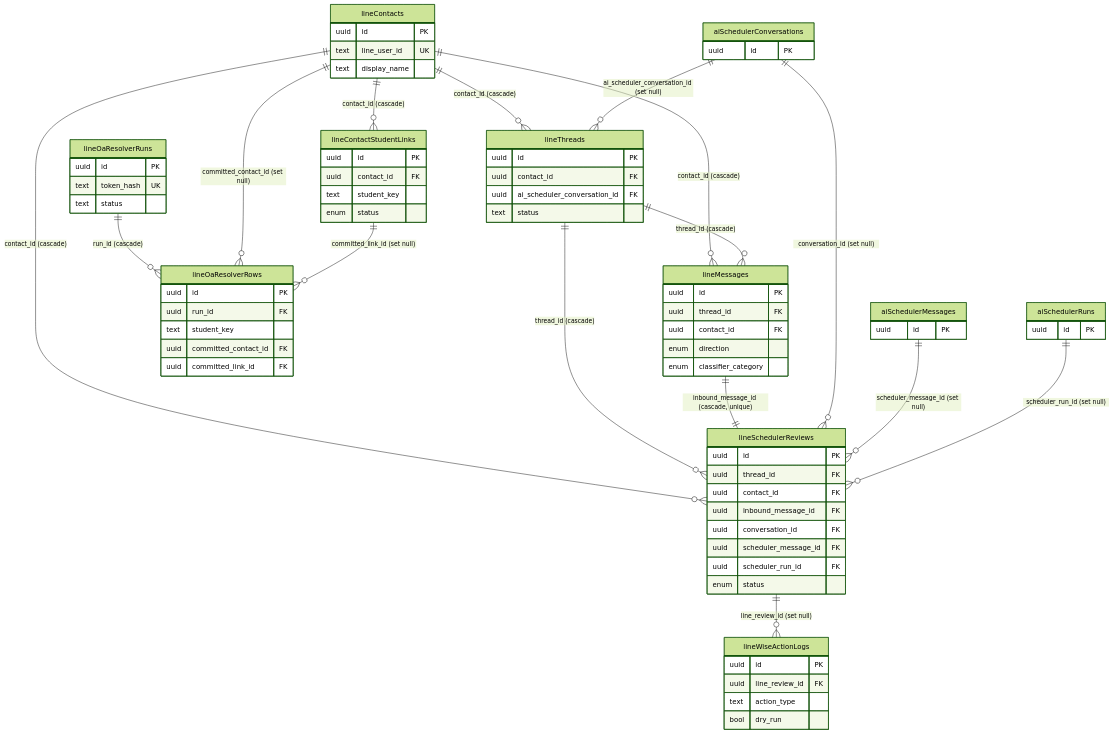
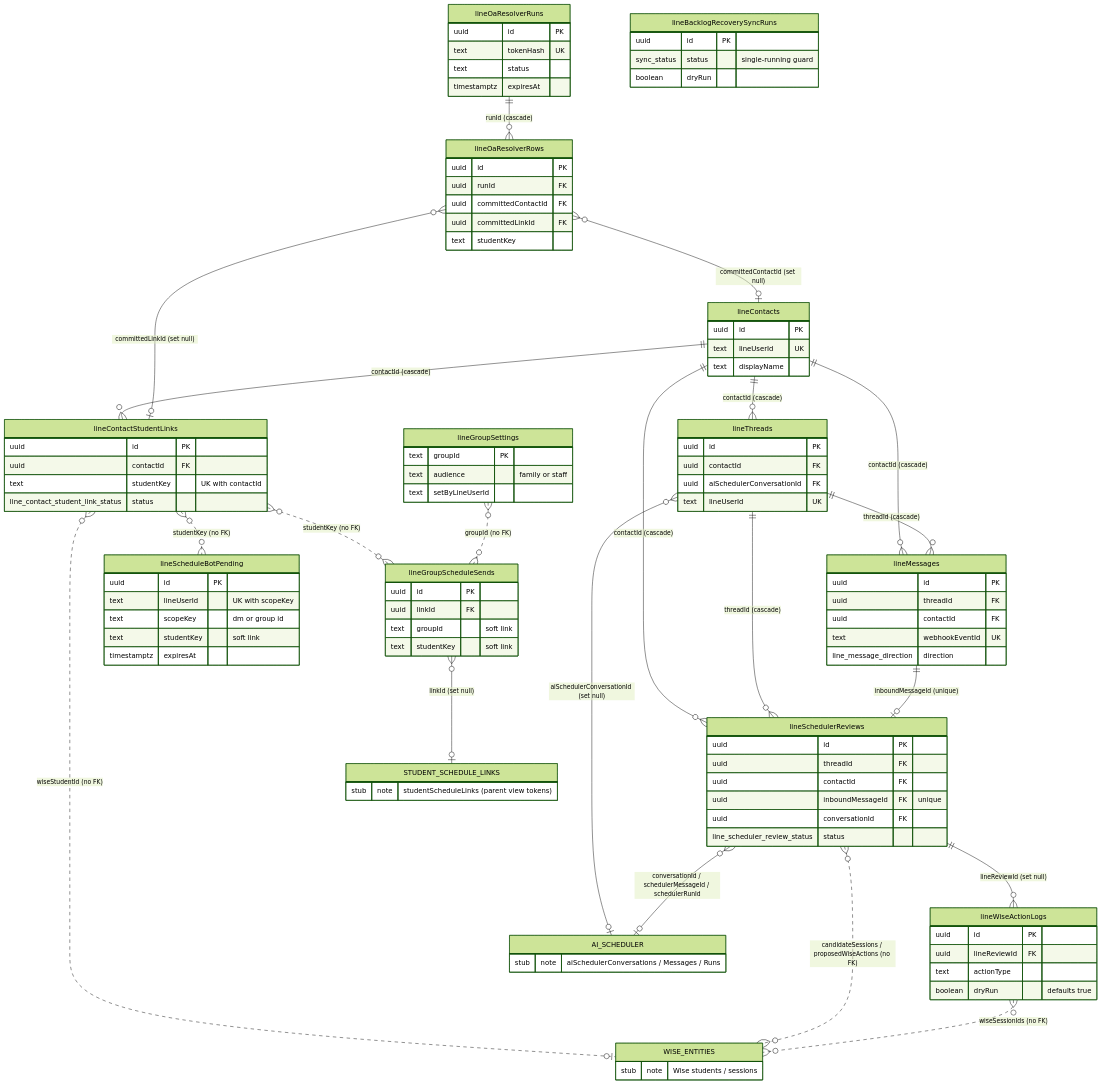
The diagram in docs/reference/database/erd-line.md (kasheesh711/bgscheduler), drawn with Mermaid (forest theme) before and after one commit. The commit also changed other lines of this file and 71 other files, not shown here.

````diff
--- a/docs/reference/database/erd-line.md
+++ b/docs/reference/database/erd-line.md
@@ -14,81 +56,109 @@
 erDiagram
     lineContacts {
         uuid id PK
-        text line_user_id UK
-        text display_name
+        text lineUserId UK
+        text displayName
     }
     lineThreads {
         uuid id PK
-        uuid contact_id FK
-        uuid ai_scheduler_conversation_id FK
-        text status
+        uuid contactId FK
+        uuid aiSchedulerConversationId FK
+        text lineUserId UK
     }
     lineMessages {
         uuid id PK
-        uuid thread_id FK
-        uuid contact_id FK
-        enum direction
-        enum classifier_category
+        uuid threadId FK
+        uuid contactId FK
+        text webhookEventId UK
+        line_message_direction direction
     }
     lineContactStudentLinks {
         uuid id PK
-        uuid contact_id FK
-        text student_key
-        enum status
+        uuid contactId FK
+        text studentKey "UK with contactId"
+        line_contact_student_link_status status
     }
     lineSchedulerReviews {
         uuid id PK
-        uuid thread_id FK
-        uuid contact_id FK
-        uuid inbound_message_id FK
-        uuid conversation_id FK
-        uuid scheduler_message_id FK
-        uuid scheduler_run_id FK
-        enum status
+        uuid threadId FK
+        uuid contactId FK
+        uuid inboundMessageId FK "unique"
+        uuid conversationId FK
+        line_scheduler_review_status status
     }
     lineWiseActionLogs {
         uuid id PK
-        uuid line_review_id FK
-        text action_type
-        bool dry_run
+        uuid lineReviewId FK
+        text actionType
+        boolean dryRun "defaults true"
     }
     lineOaResolverRuns {
         uuid id PK
-        text token_hash UK
+        text tokenHash UK
         text status
+        timestamptz expiresAt
     }
     lineOaResolverRows {
         uuid id PK
-        uuid run_id FK
-        text student_key
-        uuid committed_contact_id FK
-        uuid committed_link_id FK
+        uuid runId FK
+        uuid committedContactId FK
+        uuid committedLinkId FK
+        text studentKey
+    }
+    lineBacklogRecoverySyncRuns {
+        uuid id PK
+        sync_status status "single-running guard"
+        boolean dryRun
+    }
+    lineScheduleBotPending {
+        uuid id PK
+        text lineUserId "UK with scopeKey"
+        text scopeKey "dm or group id"
+        text studentKey "soft link"
+        timestamptz expiresAt
+    }
+    lineGroupSettings {
+        text groupId PK
+        text audience "family or staff"
+        text setByLineUserId
+    }
+    lineGroupScheduleSends {
+        uuid id PK
+        uuid linkId FK
+        text groupId "soft link"
+        text studentKey "soft link"
     }
 
-    aiSchedulerConversations {
-        uuid id PK
+    AI_SCHEDULER {
+        stub note "aiSchedulerConversations / Messages / Runs"
     }
-    aiSchedulerMessages {
-        uuid id PK
+    STUDENT_SCHEDULE_LINKS {
+        stub note "studentScheduleLinks (parent view tokens)"
     }
-    aiSchedulerRuns {
-        uuid id PK
+    WISE_ENTITIES {
+        stub note "Wise students / sessions"
     }
 
-    lineContacts ||--o{ lineThreads : "contact_id (cascade)"
-    lineContacts ||--o{ lineMessages : "contact_id (cascade)"
-    lineContacts ||--o{ lineContactStudentLinks : "contact_id (cascade)"
-    lineContacts ||--o{ lineSchedulerReviews : "contact_id (cascade)"
-    lineThreads  ||--o{ lineMessages : "thread_id (cascade)"
-    lineThreads  ||--o{ lineSchedulerReviews : "thread_id (cascade)"
-    lineMessages ||--|| lineSchedulerReviews : "inbound_message_id (cascade, unique)"
-    lineSchedulerReviews ||--o{ lineWiseActionLogs : "line_review_id (set null)"
-    lineOaResolverRuns ||--o{ lineOaResolverRows : "run_id (cascade)"
-    lineContacts ||--o{ lineOaResolverRows : "committed_contact_id (set null)"
-    lineContactStudentLinks ||--o{ lineOaResolverRows : "committed_link_id (set null)"
+    lineContacts ||--o{ lineThreads : "contactId (cascade)"
+    lineContacts ||--o{ lineMessages : "contactId (cascade)"
+    lineContacts ||--o{ lineContactStudentLinks : "contactId (cascade)"
+    lineContacts ||--o{ lineSchedulerReviews : "contactId (cascade)"
+    lineThreads ||--o{ lineMessages : "threadId (cascade)"
+    lineThreads ||--o{ lineSchedulerReviews : "threadId (cascade)"
+    lineMessages ||--o| lineSchedulerReviews : "inboundMessageId (unique)"
+    lineSchedulerReviews ||--o{ lineWiseActionLogs : "lineReviewId (set null)"
+    lineOaResolverRuns ||--o{ lineOaResolverRows : "runId (cascade)"
+    lineOaResolverRows }o--o| lineContacts : "committedContactId (set null)"
+    lineOaResolverRows }o--o| lineContactStudentLinks : "committedLinkId (set null)"
+    lineGroupScheduleSends }o--o| STUDENT_SCHEDULE_LINKS : "linkId (set null)"
 
-    aiSchedulerConversations ||--o{ lineThreads : "ai_scheduler_conversation_id (set null)"
-    aiSchedulerConversations ||--o{ lineSchedulerReviews : "conversation_id (set null)"
-    aiSchedulerMessages ||--o{ lineSchedulerReviews : "scheduler_message_id (set null)"
-    aiSchedulerRuns ||--o{ lineSchedulerReviews : "scheduler_run_id (set null)"
+    lineThreads }o--o| AI_SCHEDULER : "aiSchedulerConversationId (set null)"
+    lineSchedulerReviews }o--o| AI_SCHEDULER : "conversationId / schedulerMessageId / schedulerRunId"
+
+    lineContactStudentLinks }o..o| WISE_ENTITIES : "wiseStudentId (no FK)"
+    lineSchedulerReviews }o..o{ WISE_ENTITIES : "candidateSessions / proposedWiseActions (no FK)"
+    lineWiseActionLogs }o..o{ WISE_ENTITIES : "wiseSessionIds (no FK)"
+    lineContactStudentLinks }o..o{ lineScheduleBotPending : "studentKey (no FK)"
+    lineContactStudentLinks }o..o{ lineGroupScheduleSends : "studentKey (no FK)"
+    lineGroupSettings }o..o{ lineGroupScheduleSends : "groupId (no FK)"
 ```
````
